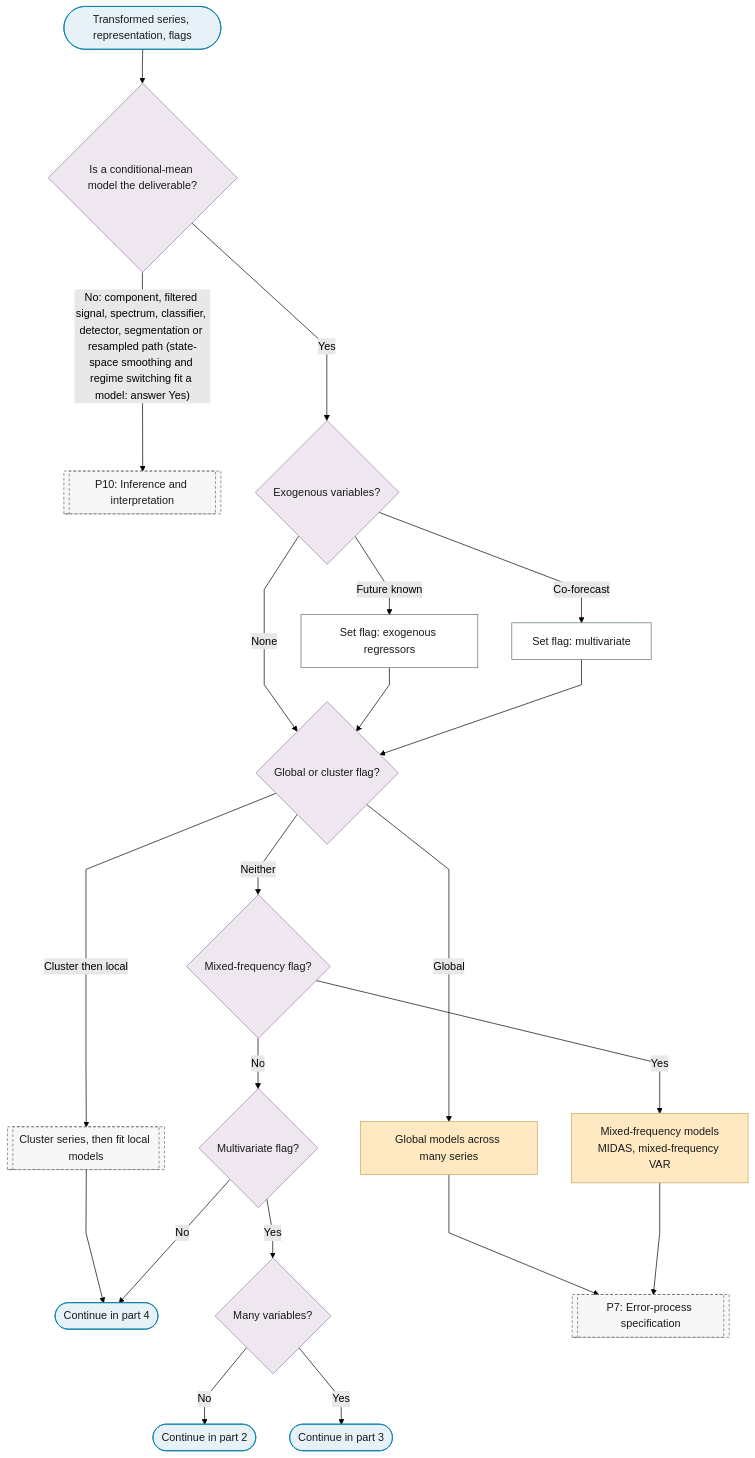
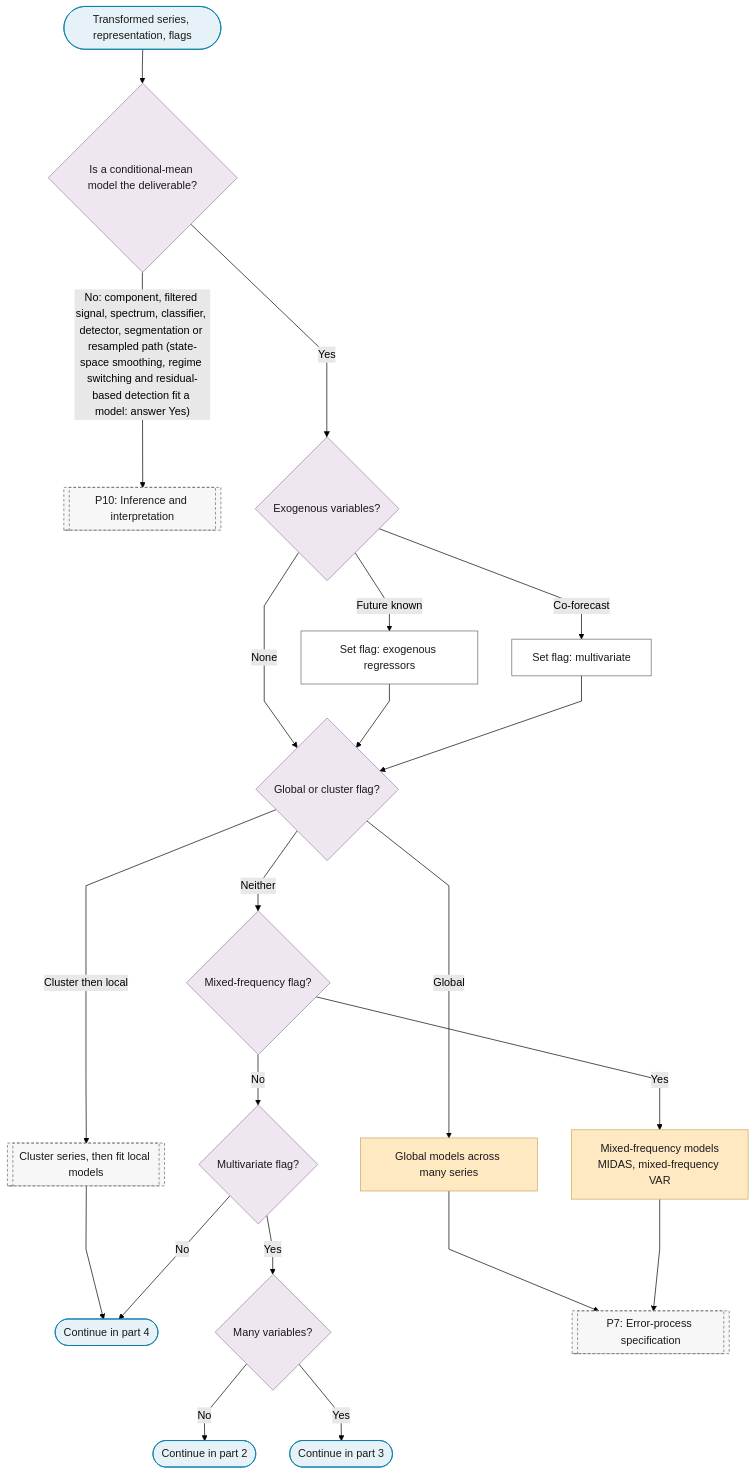
One commit to Shuxin-Y/time-series-analysis-manual changed the first of 10 diagrams in docs/01-workflow/p06-mean-model-class.md. Above: the diagram before and after it, drawn with Mermaid (forest theme). The commit also changed 3 other files, not shown here.

First line of the commit message:
fix(flowchart): model-fitting paths draw P6 first; no-model paths skip P8 (rev1 R4-2)

````diff
--- a/docs/01-workflow/p06-mean-model-class.md
+++ b/docs/01-workflow/p06-mean-model-class.md
@@ -11,35 +11,35 @@
 ```mermaid
 %%{init: {"flowchart": {"curve": "linear"}}}%%
 graph TD
     P6_IN(["Transformed series, representation, flags"]) --> P6_MODEL_NEEDED{"Is a conditional-mean model the deliverable?"}
-    P6_MODEL_NEEDED -->|"No: component, filtered signal, spectrum, classifier, detector, segmentation or resampled path (state-space smoothing and regime switching fit a model: answer Yes)"| P10[["P10: Inference and interpretation"]]
+    P6_MODEL_NEEDED -->|"No: component, filtered signal, spectrum, classifier, detector, segmentation or resampled path (state-space smoothing, regime switching and residual-based detection fit a model: answer Yes)"| P10[["P10: Inference and interpretation"]]
     P6_MODEL_NEEDED -->|"Yes"| P6_EXOGENOUS{"Exogenous variables?"}
     P6_EXOGENOUS -->|"Future known"| P6_EXOG_FLAG["Set flag: exogenous regressors"]
     P6_EXOGENOUS -->|"Co-forecast"| P6_MULTI_FLAG["Set flag: multivariate"]
     P6_EXOGENOUS -->|"None"| P6_GLOBAL_Q
     P6_EXOG_FLAG & P6_MULTI_FLAG --> P6_GLOBAL_Q{"Global or cluster flag?"}
     P6_GLOBAL_Q -->|"Global"| P6_GLOBAL_MODELS["Global models across many series"]
     P6_GLOBAL_Q -->|"Cluster then local"| B7_CLUSTER_THEN_LOCAL[["Cluster series, then fit local models"]]
     P6_GLOBAL_Q -->|"Neither"| P6_MIXED_Q{"Mixed-frequency flag?"}
     B7_CLUSTER_THEN_LOCAL --> P6_TO_PART_4
     P6_MIXED_Q -->|"Yes"| P6_MIXED_FREQUENCY["Mixed-frequency models<br/>MIDAS, mixed-frequency VAR"]
     P6_MIXED_Q -->|"No"| P6_MULTI_Q{"Multivariate flag?"}
     P6_MULTI_Q -->|"Yes"| P6_MANY_Q{"Many variables?"}
     P6_MULTI_Q -->|"No"| P6_TO_PART_4(["Continue in part 4"])
     P6_MANY_Q -->|"No"| P6_TO_PART_2(["Continue in part 2"])
     P6_MANY_Q -->|"Yes"| P6_TO_PART_3(["Continue in part 3"])
     P6_GLOBAL_MODELS & P6_MIXED_FREQUENCY --> P7[["P7: Error-process specification"]]
     class P6_GLOBAL_MODELS,P6_MIXED_FREQUENCY escalate
     class P6_IN,P6_TO_PART_4,P6_TO_PART_2,P6_TO_PART_3 terminator
     class P6_MODEL_NEEDED,P6_EXOGENOUS,P6_GLOBAL_Q,P6_MIXED_Q,P6_MULTI_Q,P6_MANY_Q decision
     class P6_EXOG_FLAG,P6_MULTI_FLAG process
     class P10,B7_CLUSTER_THEN_LOCAL,P7 ref
     classDef terminator fill:#E6F2F7,stroke:#007BA7,color:#1A1A1A;
     classDef process fill:#FFFFFF,stroke:#5A6B73,color:#1A1A1A;
     classDef decision fill:#EFE7F0,stroke:#9B7FA7,color:#1A1A1A;
     classDef data fill:#FFF4E0,stroke:#C9A55E,color:#1A1A1A;
     classDef good fill:#DCEFD8,stroke:#4A7A3F,color:#1A1A1A;
     classDef escalate fill:#FFE9C2,stroke:#C9A55E,color:#1A1A1A;
     classDef problem fill:#F2D9DE,stroke:#800020,color:#1A1A1A;
     classDef ref fill:#F7F7F7,stroke:#5A6B73,color:#1A1A1A,stroke-dasharray:4 3;
 ```
````
